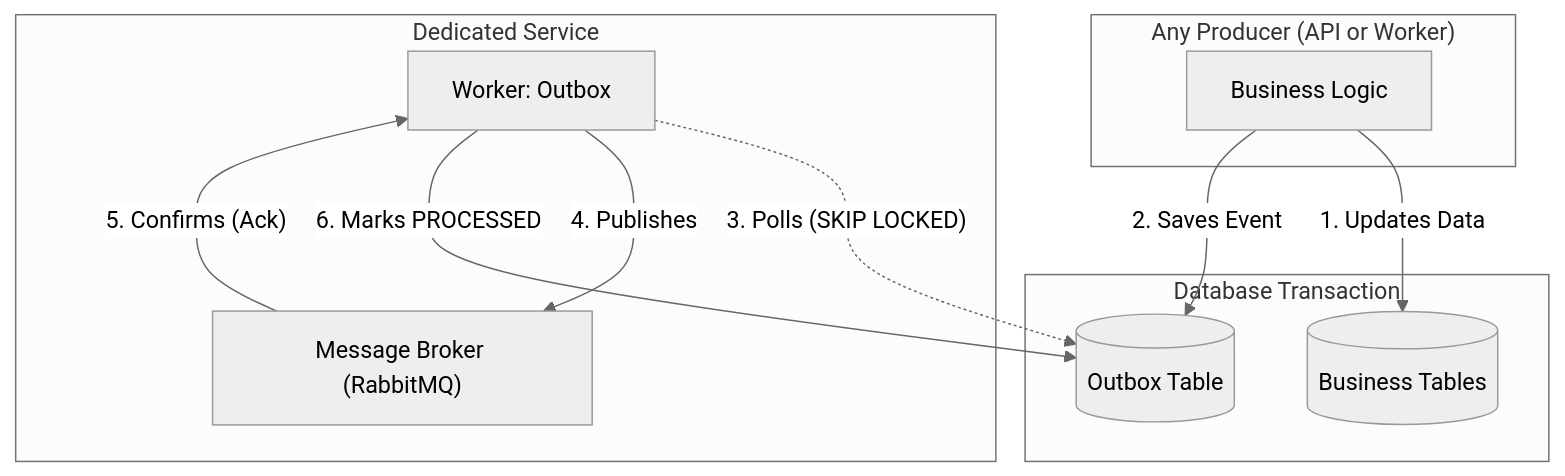
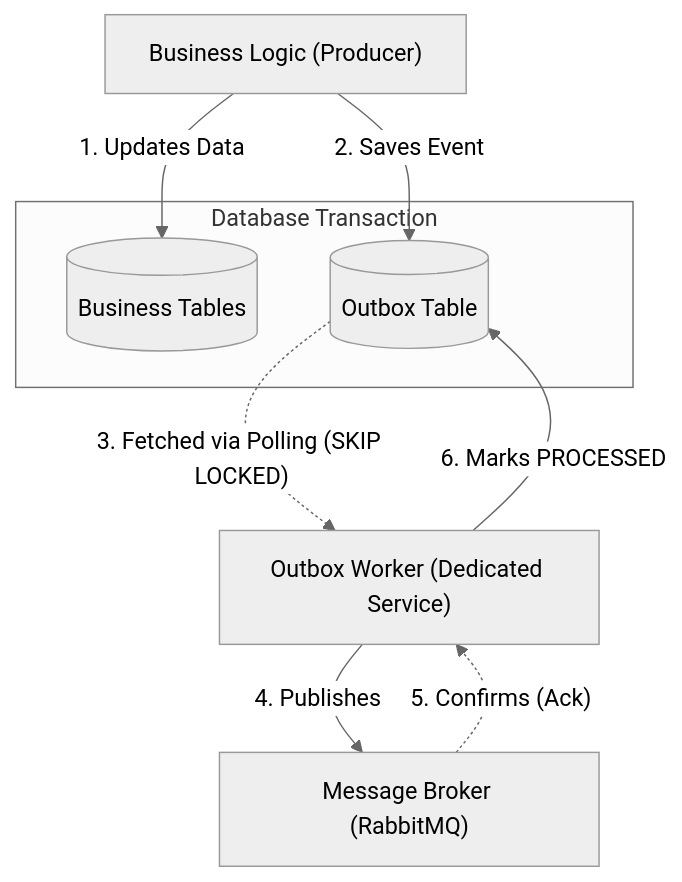
Before and after one commit to luluopa/semantic-lead-intelligence-engine: the second of 3 diagrams in README.md, drawn with Mermaid (neutral theme). The commit also changed 1 other file, not shown here.

Commit message:
docs: update OutboxWorker diagram in README and README.pt-BR for improved clarity and consistency in terminology

````diff
--- a/README.md
+++ b/README.md
@@ -59,24 +59,20 @@
 ```mermaid
 flowchart TD
-    subgraph "Any Producer (API or Worker)"
-        Producer["Business Logic"]
-    end
+    Producer["Business Logic (Producer)"]
     
     subgraph "Database Transaction"
         DB[(Business Tables)]
         Outbox[(Outbox Table)]
     end
     
-    Producer -->|1. Updates Data| DB
-    Producer -->|2. Saves Event| Outbox
+    Producer -->|"1. Updates Data"| DB
+    Producer -->|"2. Saves Event"| Outbox
     
-    subgraph "Dedicated Service"
-        OutboxWorker["Worker: Outbox"]
-        Broker["Message Broker (RabbitMQ)"]
-    end
+    OutboxWorker["Outbox Worker (Dedicated Service)"]
+    Broker["Message Broker (RabbitMQ)"]
     
-    OutboxWorker -.->|"3. Polls (SKIP LOCKED)"| Outbox
-    OutboxWorker -->|4. Publishes| Broker
-    Broker -->|"5. Confirms (Ack)"| OutboxWorker
-    OutboxWorker -->|6. Marks PROCESSED| Outbox
+    Outbox -.->|"3. Fetched via Polling (SKIP LOCKED)"| OutboxWorker
+    OutboxWorker -->|"4. Publishes"| Broker
+    Broker -.->|"5. Confirms (Ack)"| OutboxWorker
+    OutboxWorker -->|"6. Marks PROCESSED"| Outbox
 ```
````
